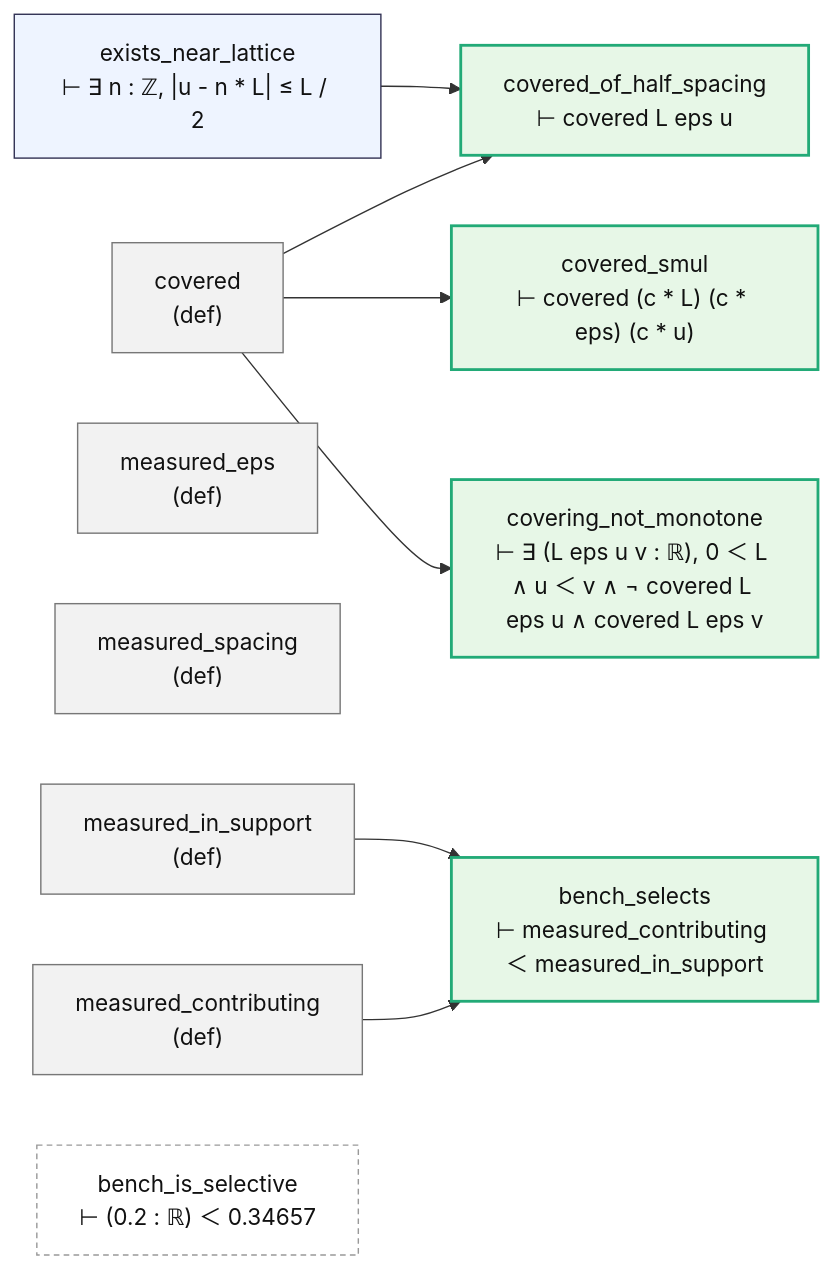
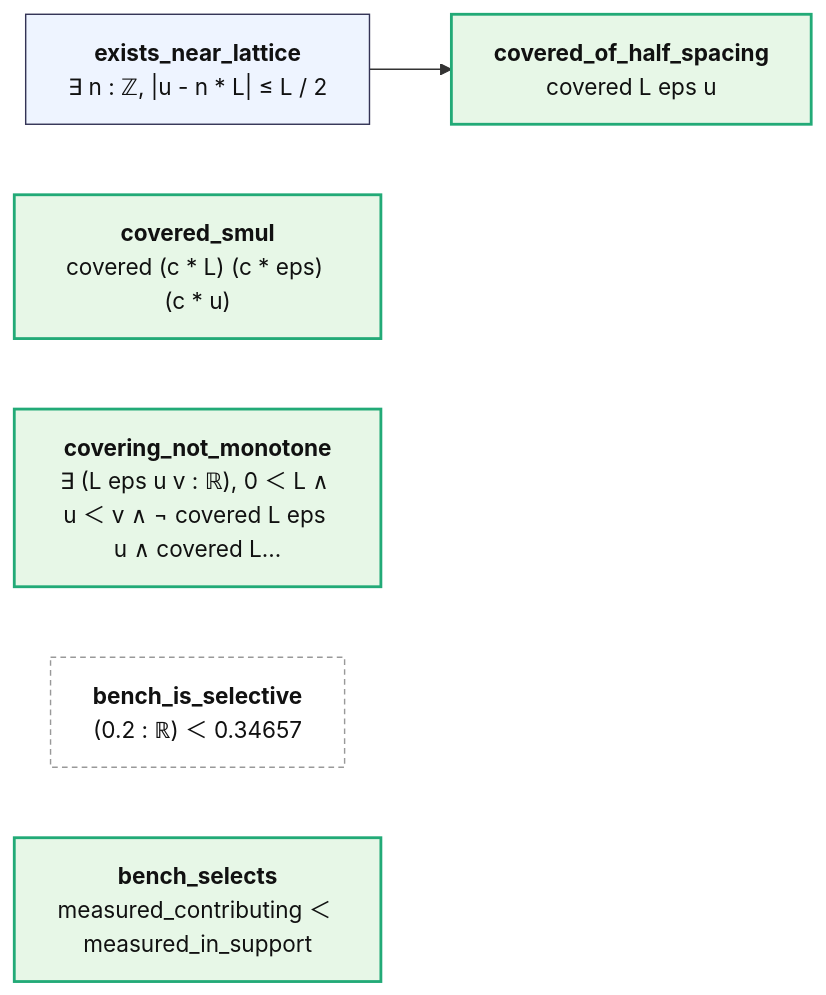
Before and after one commit to juliansambranojr/Primebeat_081426: the diagram in map/lean/Covering.md, drawn with Mermaid. The commit also changed other lines of this file and 387 other files, not shown here.

````diff
--- a/map/lean/Covering.md
+++ b/map/lean/Covering.md
@@ -8,26 +12,15 @@
 ```mermaid
 flowchart LR
-  n0["covered<br/>(def)"]:::dfn
-  n1["exists_near_lattice<br/>⊢ ∃ n : ℤ, |u - n * L| ≤ L / 2"]:::thm
-  n2["covered_of_half_spacing<br/>⊢ covered L eps u"]:::end_
-  n3["covered_smul<br/>⊢ covered (c * L) (c * eps) (c * u)"]:::end_
-  n4["covering_not_monotone<br/>⊢ ∃ (L eps u v : ℝ), 0 ＜ L ∧ u ＜ v ∧ ¬ covered L eps u ∧ covered L eps v"]:::end_
-  n5["measured_eps<br/>(def)"]:::dfn
-  n6["measured_spacing<br/>(def)"]:::dfn
-  n7["measured_in_support<br/>(def)"]:::dfn
-  n8["measured_contributing<br/>(def)"]:::dfn
-  n9["bench_is_selective<br/>⊢ (0.2 : ℝ) ＜ 0.34657"]:::lone
-  n10["bench_selects<br/>⊢ measured_contributing ＜ measured_in_support"]:::end_
-  n0 --> n2
-  n0 --> n3
-  n0 --> n4
-  n1 --> n2
-  n7 --> n10
-  n8 --> n10
+  n0["<b>exists_near_lattice</b><br/>∃ n : ℤ, |u - n * L| ≤ L / 2"]:::thm
+  n1["<b>covered_of_half_spacing</b><br/>covered L eps u"]:::end_
+  n2["<b>covered_smul</b><br/>covered (c * L) (c * eps) (c * u)"]:::end_
+  n3["<b>covering_not_monotone</b><br/>∃ (L eps u v : ℝ), 0 ＜ L ∧ u ＜ v ∧ ¬ covered L eps u ∧ covered L…"]:::end_
+  n4["<b>bench_is_selective</b><br/>(0.2 : ℝ) ＜ 0.34657"]:::lone
+  n5["<b>bench_selects</b><br/>measured_contributing ＜ measured_in_support"]:::end_
+  n0 --> n1
   classDef thm fill:#eef4ff,stroke:#335,color:#111
-  classDef dfn fill:#f2f2f2,stroke:#777,color:#111
   classDef end_ fill:#e7f7e7,stroke:#2a7,color:#111,stroke-width:2px
   classDef lone fill:#fff,stroke:#999,color:#111,stroke-dasharray:4 3
   classDef bad fill:#ffe5e5,stroke:#c22,color:#111,stroke-width:2px
-  classDef ext fill:#fff8e1,stroke:#b80,color:#111,stroke-dasharray:2 2
+  classDef ext fill:#fff8e1,stroke:#b80,color:#111
 ```
````
